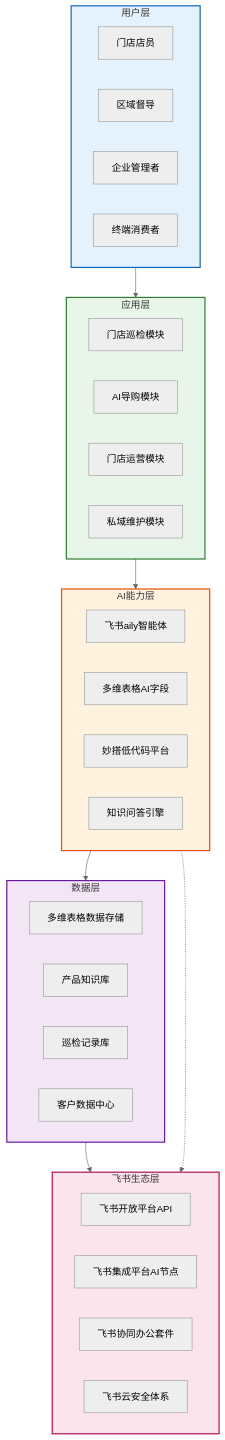
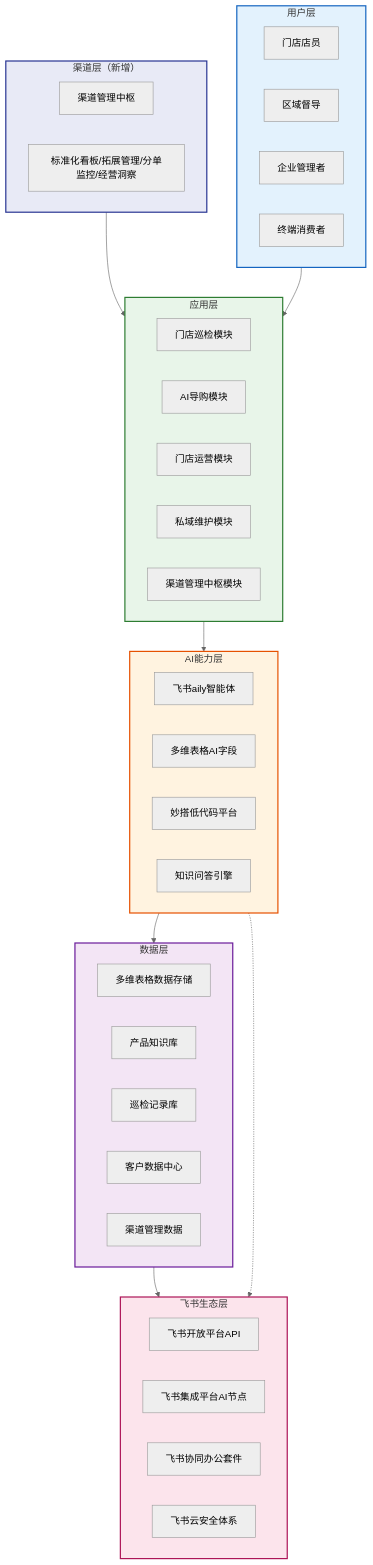
One commit to yunmm123/yuhong-smart-store changed the first of 17 diagrams in docs/02_技术方案架构设计文档.md. Above: the diagram before and after it, drawn with Mermaid (neutral theme). The commit also changed other lines of this file and 34 other files, not shown here.

````diff
--- a/docs/02_技术方案架构设计文档.md
+++ b/docs/02_技术方案架构设计文档.md
@@ -30,49 +30,58 @@
 ```mermaid
 flowchart TB
+    subgraph ChannelLayer["渠道层（新增）"]
+        CH1["渠道管理中枢"]
+        CH2["标准化看板/拓展管理/分单监控/经营洞察"]
+    end
+
     subgraph UserLayer["用户层"]
         U1["门店店员"]
         U2["区域督导"]
         U3["企业管理者"]
         U4["终端消费者"]
     end
 
     subgraph AppLayer["应用层"]
         A1["门店巡检模块"]
         A2["AI导购模块"]
         A3["门店运营模块"]
         A4["私域维护模块"]
+        A5["渠道管理中枢模块"]
     end
 
     subgraph AILayer["AI能力层"]
         AI1["飞书aily智能体"]
         AI2["多维表格AI字段"]
         AI3["妙搭低代码平台"]
         AI4["知识问答引擎"]
     end
 
     subgraph DataLayer["数据层"]
         D1["多维表格数据存储"]
         D2["产品知识库"]
         D3["巡检记录库"]
         D4["客户数据中心"]
+        D5["渠道管理数据"]
     end
 
     subgraph FeishuLayer["飞书生态层"]
         F1["飞书开放平台API"]
         F2["飞书集成平台AI节点"]
         F3["飞书协同办公套件"]
         F4["飞书云安全体系"]
     end
 
+    ChannelLayer --> AppLayer
     UserLayer --> AppLayer
     AppLayer --> AILayer
     AILayer --> DataLayer
     DataLayer --> FeishuLayer
     AILayer -.-> FeishuLayer
 
+    style ChannelLayer fill:#E8EAF6,stroke:#283593,stroke-width:2px
     style UserLayer fill:#E3F2FD,stroke:#1565C0,stroke-width:2px
     style AppLayer fill:#E8F5E9,stroke:#2E7D32,stroke-width:2px
     style AILayer fill:#FFF3E0,stroke:#E65100,stroke-width:2px
     style DataLayer fill:#F3E5F5,stroke:#6A1B9A,stroke-width:2px
     style FeishuLayer fill:#FCE4EC,stroke:#AD1457,stroke-width:2px
 ```
````
